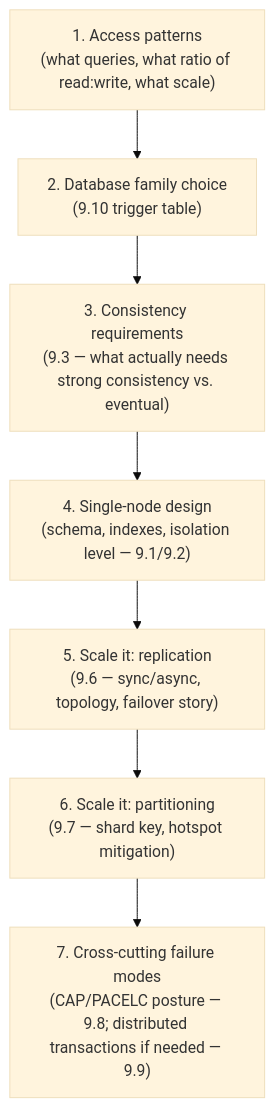
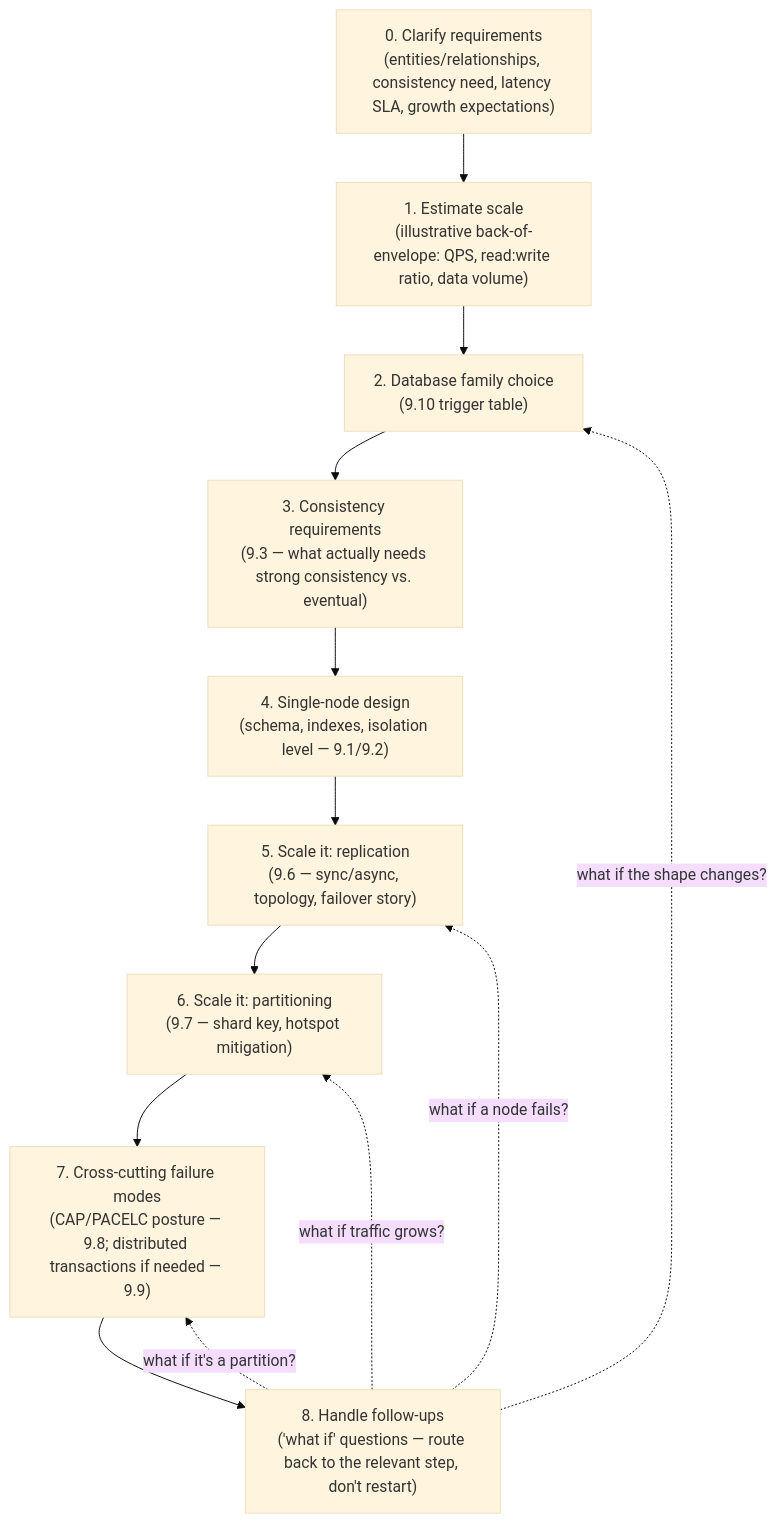
One commit to riyaz-pasha/Learnings changed the first of 3 diagrams in system-design/HLD/0-course/9.11 Interview Playbook - Databases.md. Above: the diagram before and after it, drawn with Mermaid (base theme). The commit also changed other lines of this file and 50 other files, not shown here.

````diff
--- a/system-design/HLD/0-course/9.11 Interview Playbook - Databases.md
+++ b/system-design/HLD/0-course/9.11 Interview Playbook - Databases.md
@@ -11,11 +13,17 @@
 ```mermaid
 graph TD
-    S1["1. Access patterns<br/>(what queries, what ratio of read:write, what scale)"]
+    S0["0. Clarify requirements<br/>(entities/relationships, consistency need, latency SLA, growth expectations)"]
+    S1["1. Estimate scale<br/>(illustrative back-of-envelope: QPS, read:write ratio, data volume)"]
     S2["2. Database family choice<br/>(9.10 trigger table)"]
     S3["3. Consistency requirements<br/>(9.3 — what actually needs strong consistency vs. eventual)"]
     S4["4. Single-node design<br/>(schema, indexes, isolation level — 9.1/9.2)"]
     S5["5. Scale it: replication<br/>(9.6 — sync/async, topology, failover story)"]
     S6["6. Scale it: partitioning<br/>(9.7 — shard key, hotspot mitigation)"]
     S7["7. Cross-cutting failure modes<br/>(CAP/PACELC posture — 9.8; distributed transactions if needed — 9.9)"]
-    S1 --> S2 --> S3 --> S4 --> S5 --> S6 --> S7
+    S8["8. Handle follow-ups<br/>('what if' questions — route back to the relevant step, don't restart)"]
+    S0 --> S1 --> S2 --> S3 --> S4 --> S5 --> S6 --> S7 --> S8
+    S8 -.->|"what if traffic grows?"| S6
+    S8 -.->|"what if a node fails?"| S5
+    S8 -.->|"what if the shape changes?"| S2
+    S8 -.->|"what if it's a partition?"| S7
 ```
````
